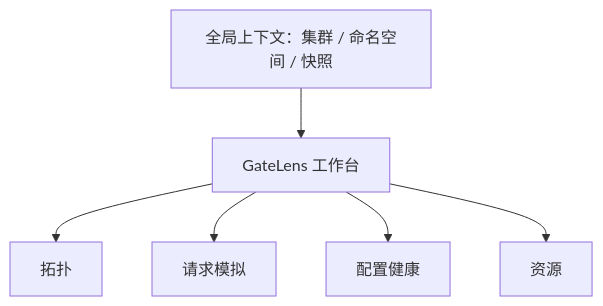
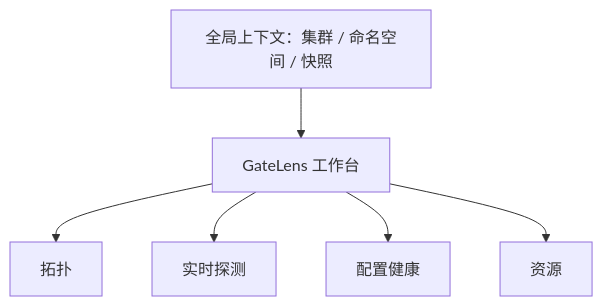
One commit to yebi511/GateLens changed the diagram in docs/05-frontend-design.md. Above: the diagram before and after it, drawn with Mermaid. The commit also changed other lines of this file and 44 other files, not shown here.

````diff
--- a/docs/05-frontend-design.md
+++ b/docs/05-frontend-design.md
@@ -16,9 +16,9 @@
 ```mermaid
 flowchart TB
   APP[GateLens 工作台]
   APP --> TOPO[拓扑]
-  APP --> SIM[请求模拟]
+  APP --> PROBE[实时探测]
   APP --> HEALTH[配置健康]
   APP --> RES[资源]
   TOPBAR[全局上下文：集群 / 命名空间 / 快照] --> APP
 ```
````
